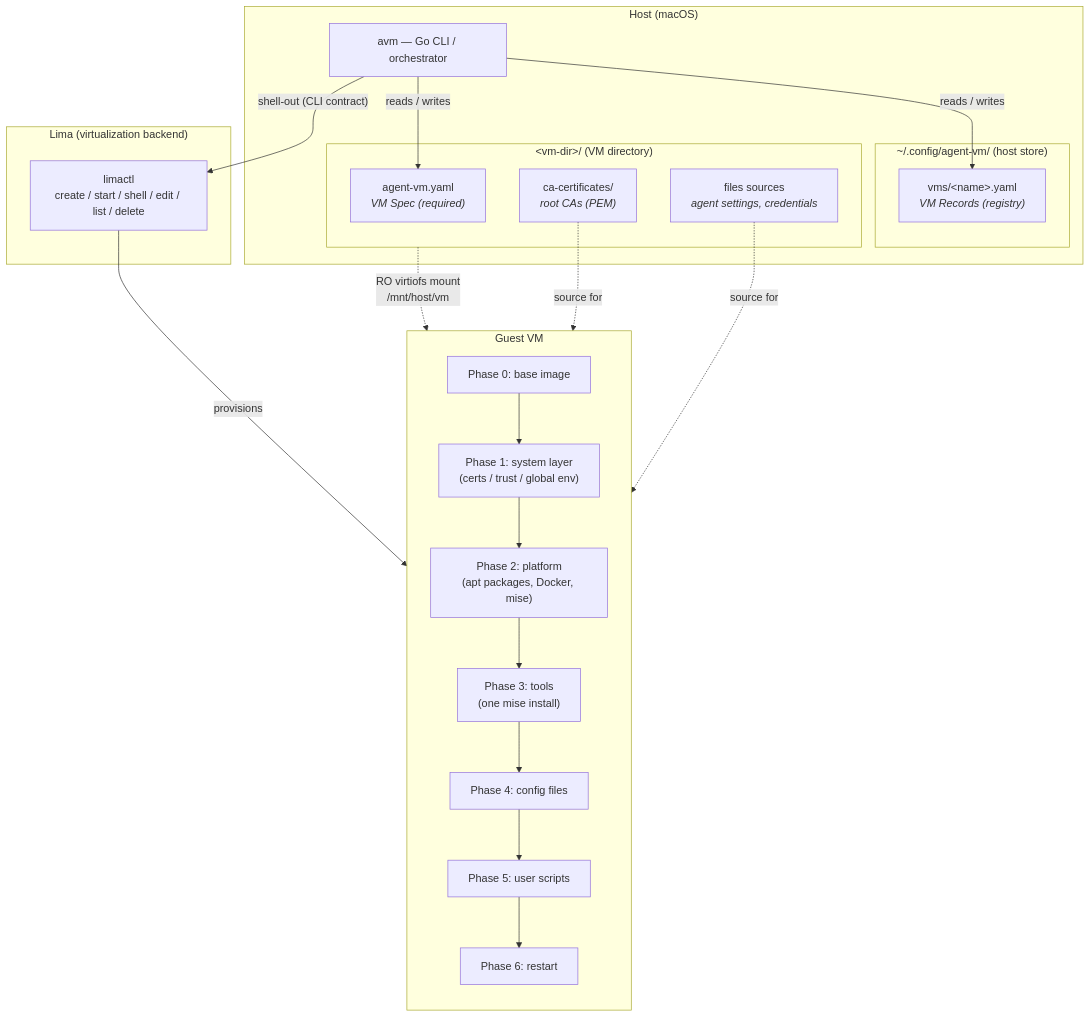
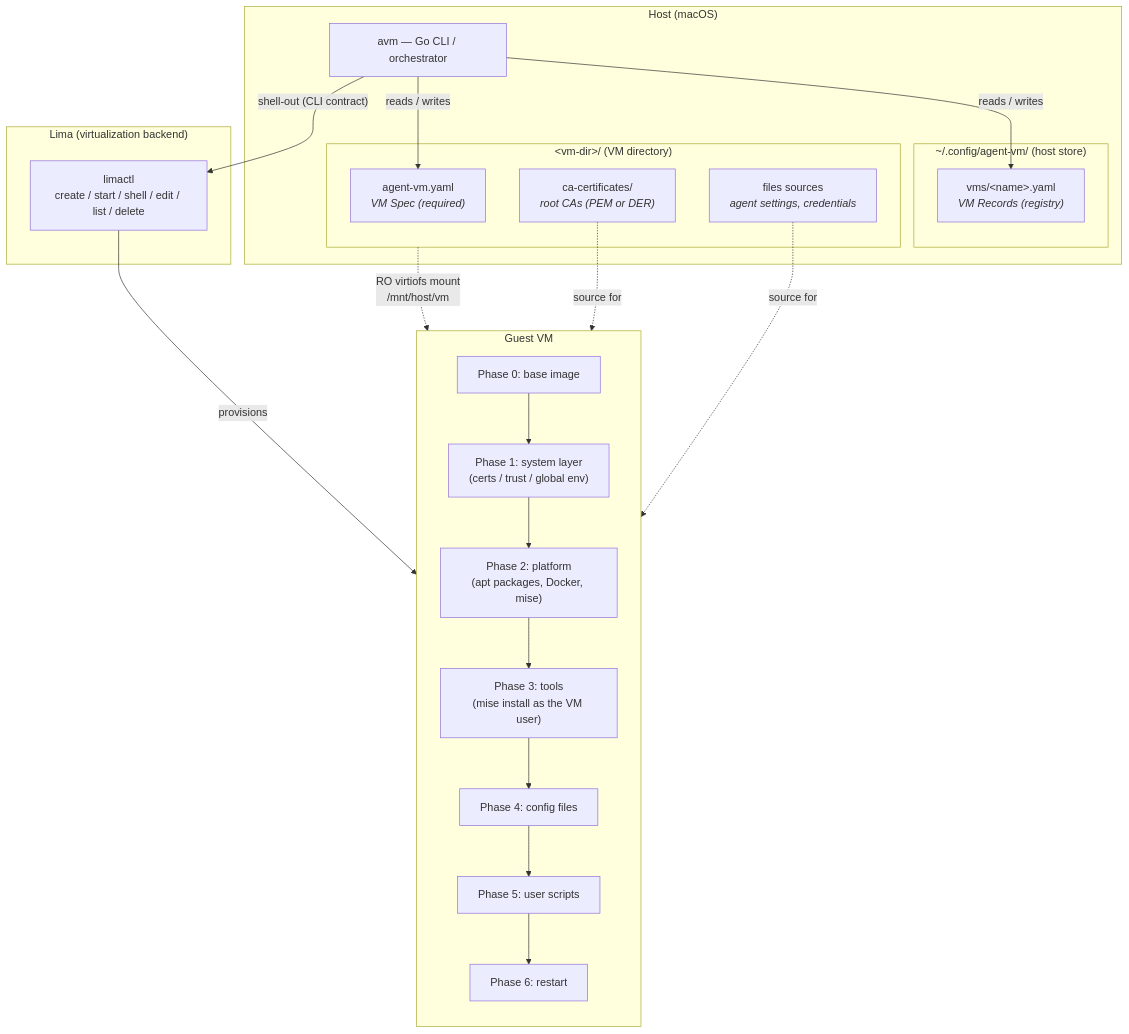
One commit to MikD1/agent-vm changed the first of 5 diagrams in docs/architecture.md. Above: the diagram before and after it, drawn with Mermaid. The commit also changed other lines of this file and 5 other files, not shown here.

````diff
--- a/docs/architecture.md
+++ b/docs/architecture.md
@@ -17,38 +17,38 @@
 ```mermaid
 graph TB
     subgraph Host["Host (macOS)"]
         cli["avm — Go CLI / orchestrator"]
         subgraph Store["~/.config/agent-vm/ (host store)"]
             registry["vms/&lt;name&gt;.yaml<br/><i>VM Records (registry)</i>"]
         end
         subgraph VMDir["&lt;vm-dir&gt;/ (VM directory)"]
             spec["agent-vm.yaml<br/><i>VM Spec (required)</i>"]
-            ca["ca-certificates/<br/><i>root CAs (PEM)</i>"]
+            ca["ca-certificates/<br/><i>root CAs (PEM or DER)</i>"]
             cfgfiles["files sources<br/><i>agent settings, credentials</i>"]
         end
     end
 
     subgraph Lima["Lima (virtualization backend)"]
         limactl["limactl<br/>create / start / shell / edit / list / delete"]
     end
 
     subgraph Guest["Guest VM"]
         direction TB
         p0["Phase 0: base image"]
         p1["Phase 1: system layer<br/>(certs / trust / global env)"]
         p2["Phase 2: platform<br/>(apt packages, Docker, mise)"]
-        p3["Phase 3: tools<br/>(one mise install)"]
+        p3["Phase 3: tools<br/>(mise install as the VM user)"]
         p4["Phase 4: config files"]
         p5["Phase 5: user scripts"]
         p6["Phase 6: restart"]
         p0 --> p1 --> p2 --> p3 --> p4 --> p5 --> p6
     end
 
     cli -- "reads / writes" --> registry
     cli -- "reads / writes" --> spec
     cli -- "shell-out (CLI contract)" --> limactl
     limactl -- "provisions" --> Guest
     VMDir -. "RO virtiofs mount<br/>/mnt/host/vm" .-> Guest
     ca -. "source for" .-> p1
     cfgfiles -. "source for" .-> p4
 ```
````
